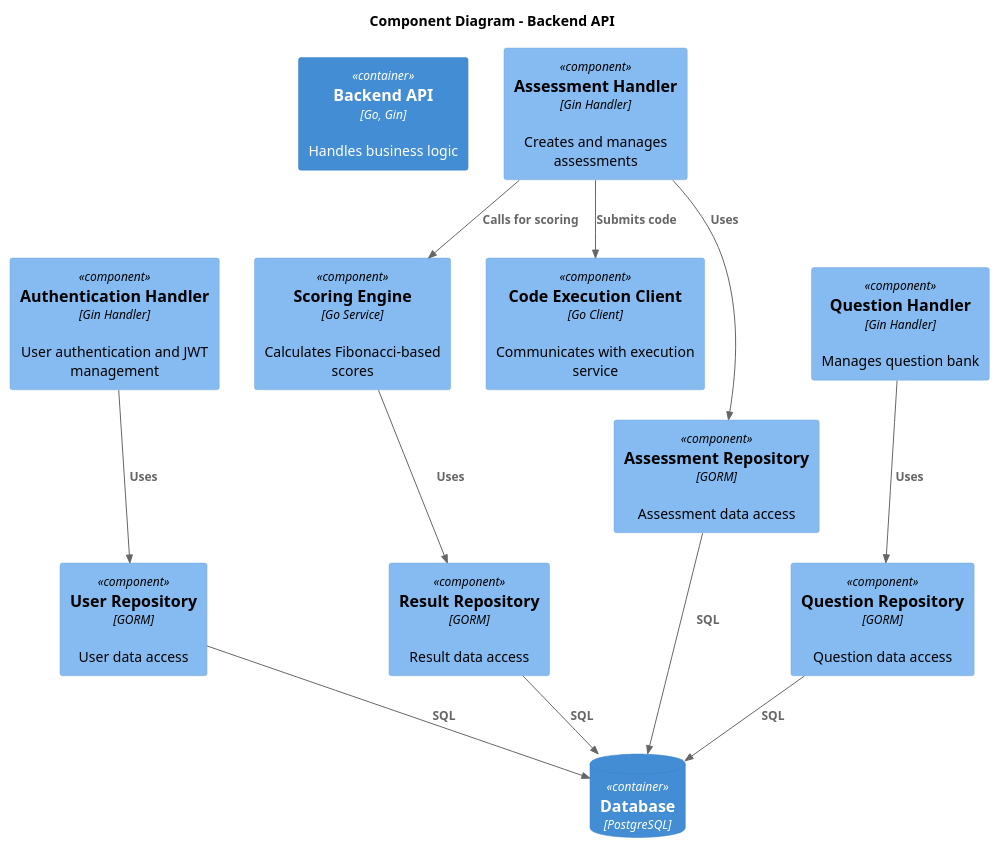
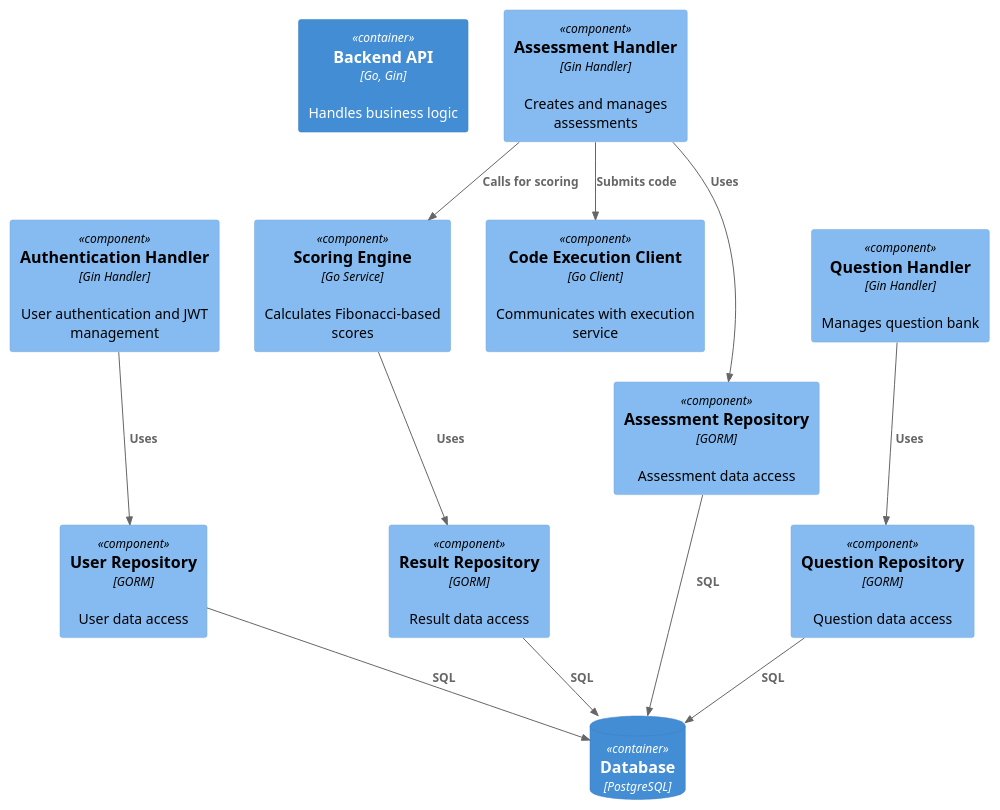
Before and after one commit to dmsus/easyHire: the diagram in docs/architecture/diagrams/level3-backend.puml, drawn with PlantUML. The commit also changed 4 other files, not shown here.

```diff
--- a/docs/architecture/diagrams/level3-backend.puml
+++ b/docs/architecture/diagrams/level3-backend.puml
@@ -1,34 +1,32 @@
-@startuml
-!include https://raw.githubusercontent.com/plantuml-stdlib/C4-PlantUML/master/C4_Component.puml
-
-title Component Diagram - Backend API
+@startuml c4_level3_backend
+!includeurl https://raw.githubusercontent.com/plantuml-stdlib/C4-PlantUML/master/C4_Component.puml
 
 Container(backend, "Backend API", "Go, Gin", "Handles business logic")
 
 Component(auth_handler, "Authentication Handler", "Gin Handler", "User authentication and JWT management")
 Component(assessment_handler, "Assessment Handler", "Gin Handler", "Creates and manages assessments")
 Component(question_handler, "Question Handler", "Gin Handler", "Manages question bank")
 Component(scoring_engine, "Scoring Engine", "Go Service", "Calculates Fibonacci-based scores")
 Component(code_execution_client, "Code Execution Client", "Go Client", "Communicates with execution service")
 
 ContainerDb(db, "Database", "PostgreSQL")
 
 Component(user_repository, "User Repository", "GORM", "User data access")
 Component(assessment_repository, "Assessment Repository", "GORM", "Assessment data access")
 Component(question_repository, "Question Repository", "GORM", "Question data access")
 Component(result_repository, "Result Repository", "GORM", "Result data access")
 
 Rel(auth_handler, user_repository, "Uses")
 Rel(assessment_handler, assessment_repository, "Uses")
 Rel(question_handler, question_repository, "Uses")
 Rel(scoring_engine, result_repository, "Uses")
 
 Rel(assessment_handler, scoring_engine, "Calls for scoring")
 Rel(assessment_handler, code_execution_client, "Submits code")
 
 Rel(user_repository, db, "SQL")
 Rel(assessment_repository, db, "SQL")
 Rel(question_repository, db, "SQL")
 Rel(result_repository, db, "SQL")
 
 @enduml
```
